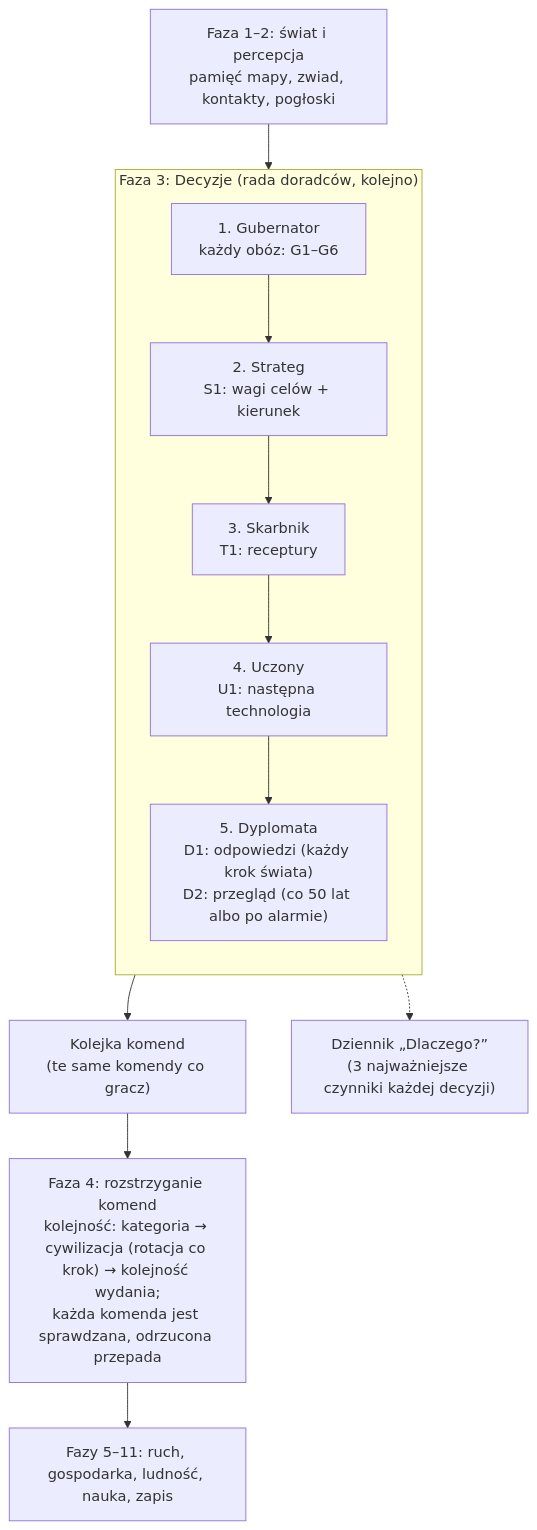
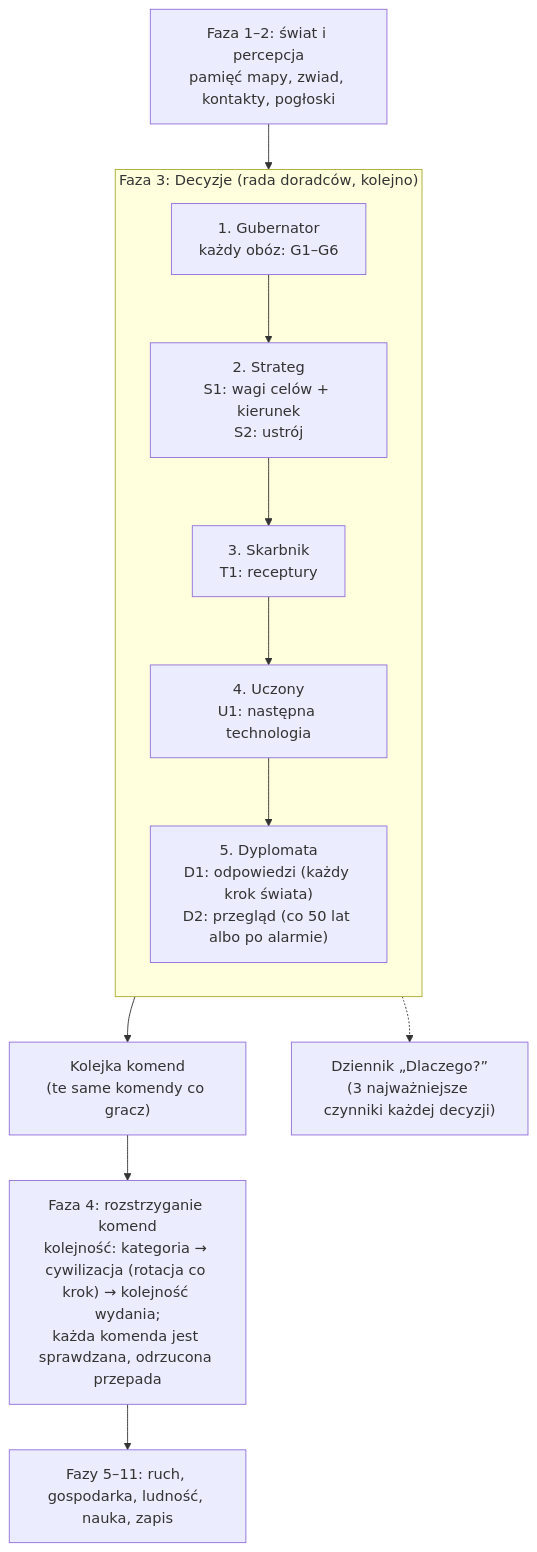
One commit to CoStellar/CivSim2 changed the diagram in docs/ai/README.md. Above: the diagram before and after it, drawn with Mermaid. The commit also changed other lines of this file and 28 other files, not shown here.

````diff
--- a/docs/ai/README.md
+++ b/docs/ai/README.md
@@ -34,15 +34,15 @@
 ```mermaid
 flowchart TD
   P1["Faza 1–2: świat i percepcja<br/>pamięć mapy, zwiad, kontakty, pogłoski"] --> D
   subgraph D["Faza 3: Decyzje (rada doradców, kolejno)"]
     direction TB
-    G["1. Gubernator<br/>każdy obóz: G1–G6"] --> S["2. Strateg<br/>S1: wagi celów + kierunek"]
+    G["1. Gubernator<br/>każdy obóz: G1–G6"] --> S["2. Strateg<br/>S1: wagi celów + kierunek<br/>S2: ustrój"]
     S --> T["3. Skarbnik<br/>T1: receptury"]
     T --> U["4. Uczony<br/>U1: następna technologia"]
     U --> DP["5. Dyplomata<br/>D1: odpowiedzi (każdy krok świata)<br/>D2: przegląd (co 50 lat albo po alarmie)"]
   end
   D --> Q["Kolejka komend<br/>(te same komendy co gracz)"]
   Q --> R["Faza 4: rozstrzyganie komend<br/>kolejność: kategoria → cywilizacja (rotacja co krok) → kolejność wydania;<br/>każda komenda jest sprawdzana, odrzucona przepada"]
   R --> E["Fazy 5–11: ruch, gospodarka, ludność, nauka, zapis"]
   D -.-> L["Dziennik „Dlaczego?”<br/>(3 najważniejsze czynniki każdej decyzji)"]
 ```
````
